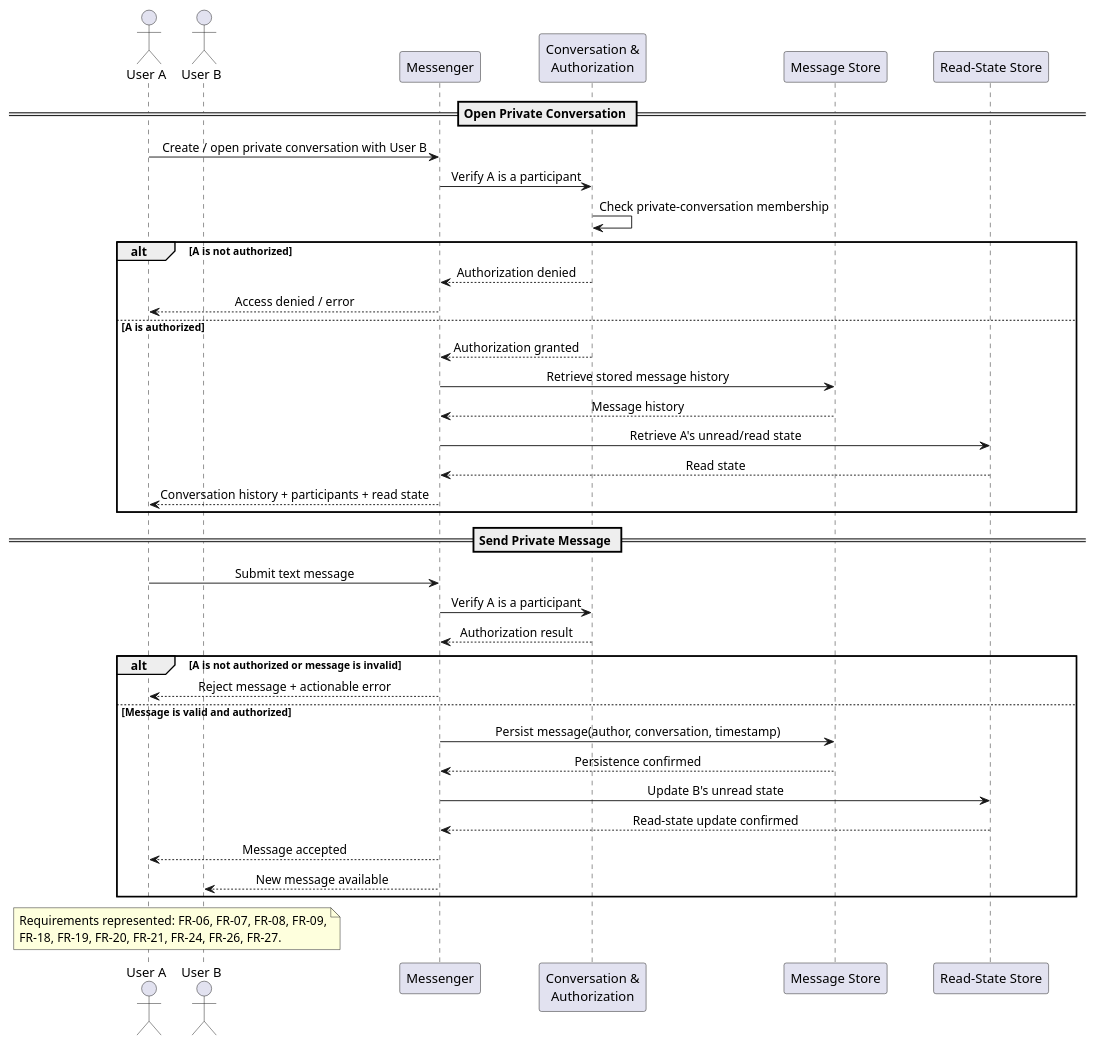
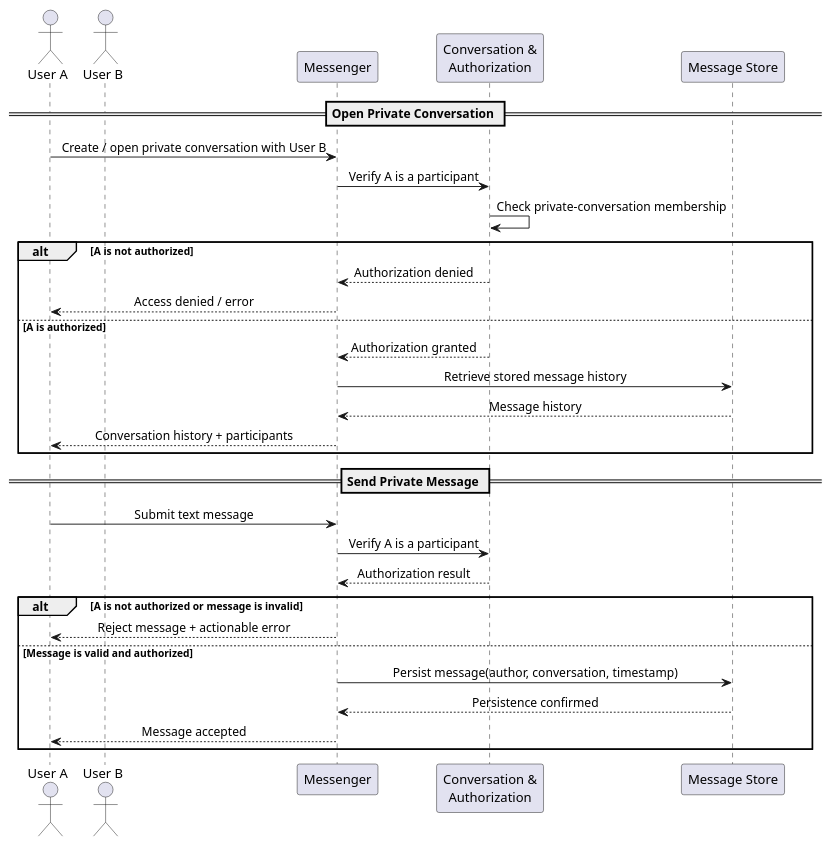
The diagram in docs/diagrams/sequence.puml (crossmant1/messenger-application), drawn with PlantUML before and after one commit. The commit also changed 1 other file, not shown here.

Commit message:
updated diagrams

```diff
--- a/docs/diagrams/sequence.puml
+++ b/docs/diagrams/sequence.puml
@@ -1,56 +1,45 @@
 @startuml Messenger Private Messaging Sequence
 skinparam shadowing false
 skinparam defaultFontName Arial
 skinparam sequenceMessageAlign center
 skinparam responseMessageBelowArrow true
 skinparam ParticipantPadding 20
 skinparam BoxPadding 10
 
 actor "User A" as A
 actor "User B" as B
 participant "Messenger" as M
 participant "Conversation &\nAuthorization" as Auth
 participant "Message Store" as Msg
-participant "Read-State Store" as Read
 
 == Open Private Conversation ==
 
 A -> M : Create / open private conversation with User B
 M -> Auth : Verify A is a participant
 Auth -> Auth : Check private-conversation membership
 
 alt A is not authorized
     Auth --> M : Authorization denied
     M --> A : Access denied / error
 else A is authorized
     Auth --> M : Authorization granted
     M -> Msg : Retrieve stored message history
     Msg --> M : Message history
-    M -> Read : Retrieve A's unread/read state
-    Read --> M : Read state
-    M --> A : Conversation history + participants + read state
+    M --> A : Conversation history + participants
 end
 
 == Send Private Message ==
 
 A -> M : Submit text message
 M -> Auth : Verify A is a participant
 Auth --> M : Authorization result
 
 alt A is not authorized or message is invalid
     M --> A : Reject message + actionable error
 else Message is valid and authorized
     M -> Msg : Persist message(author, conversation, timestamp)
     Msg --> M : Persistence confirmed
-    M -> Read : Update B's unread state
-    Read --> M : Read-state update confirmed
     M --> A : Message accepted
-    M --> B : New message available
 end
 
-note over A,B
-Requirements represented: FR-06, FR-07, FR-08, FR-09,
-FR-18, FR-19, FR-20, FR-21, FR-24, FR-26, FR-27.
-end note
-
 @enduml
```
